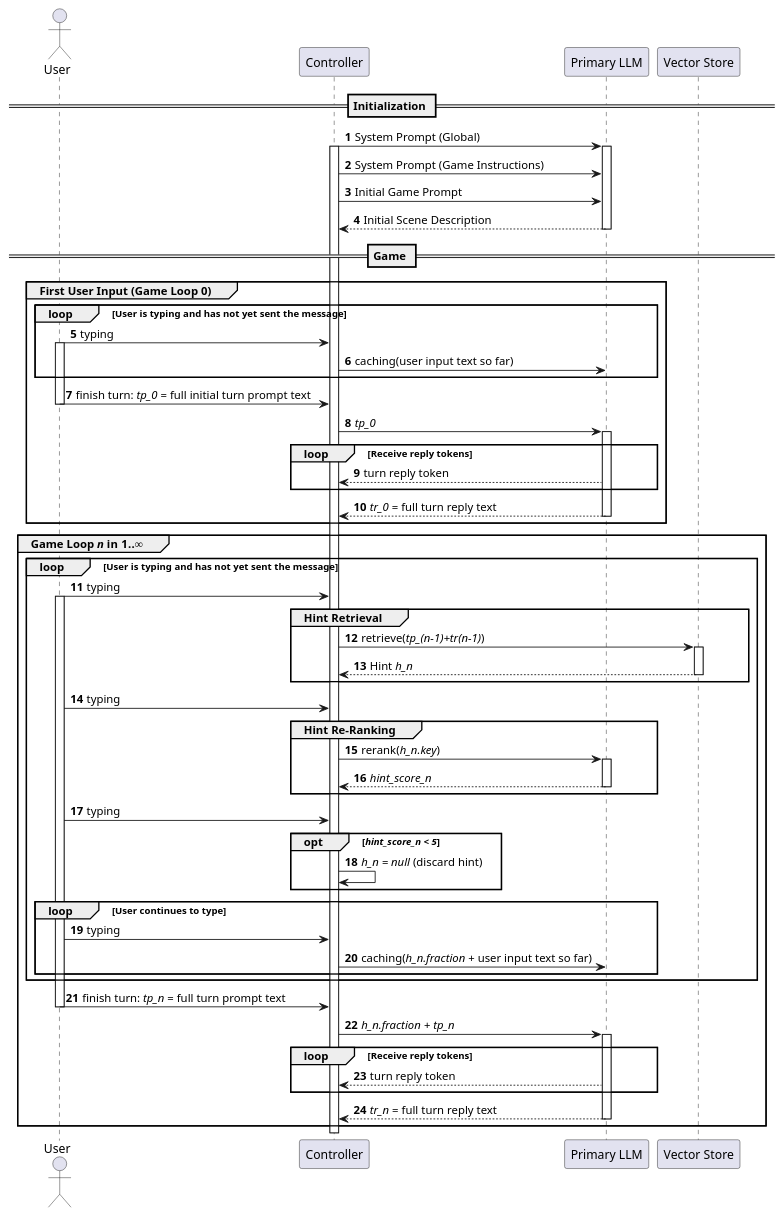
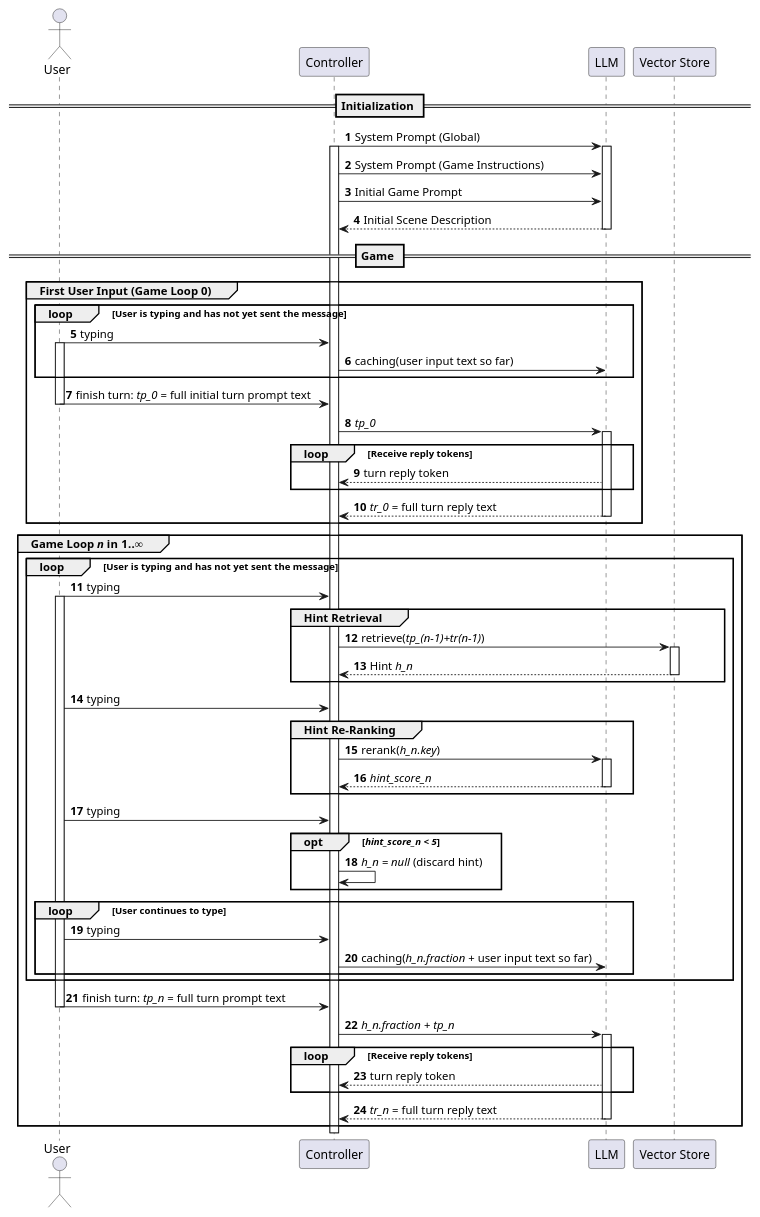
The diagram in docs/timing.md (kaiboesefeldt/aiadventure), drawn with PlantUML before and after one commit. The commit also changed other lines of this file, not shown here.

Commit message:
docs: simplify timing LLM labels

```diff
--- a/docs/timing.md
+++ b/docs/timing.md
@@ -30,18 +30,18 @@
 
 actor User as u
 participant Controller as c
-participant "Primary LLM" as pLLM
+participant "LLM" as llm
 participant "Vector Store" as v
 
 == Initialization ==
 
-c -> pLLM: System Prompt (Global)
-activate pLLM
+c -> llm: System Prompt (Global)
+activate llm
 activate c
-c -> pLLM: System Prompt (Game Instructions)
-c -> pLLM: Initial Game Prompt
-pLLM --> c: Initial Scene Description
-deactivate pLLM
+c -> llm: System Prompt (Game Instructions)
+c -> llm: Initial Game Prompt
+llm --> c: Initial Scene Description
+deactivate llm
 
 == Game ==
 
@@ -49,19 +49,19 @@
 loop User is typing and has not yet sent the message
 u -> c: typing
 activate u
-c -> pLLM: caching(user input text so far)
+c -> llm: caching(user input text so far)
 end
 
 u -> c: finish turn: //tp_0// = full initial turn prompt text
 deactivate u
 
-c -> pLLM: //tp_0//
-activate pLLM
+c -> llm: //tp_0//
+activate llm
 loop Receive reply tokens
-pLLM --> c: turn reply token
+llm --> c: turn reply token
 end
-pLLM --> c: //tr_0// = full turn reply text
-deactivate pLLM
+llm --> c: //tr_0// = full turn reply text
+deactivate llm
 
 end
 
@@ -80,10 +80,10 @@
 u -> c: typing
 
 group Hint Re-Ranking
-c -> pLLM: rerank(//h_n.key//)
-activate pLLM
-pLLM --> c: //hint_score_n//
-deactivate pLLM
+c -> llm: rerank(//h_n.key//)
+activate llm
+llm --> c: //hint_score_n//
+deactivate llm
 end
 u -> c: typing
 
@@ -93,20 +93,20 @@
 
 loop User continues to type
 u -> c: typing
-c -> pLLM: caching(//h_n.fraction// + user input text so far)
+c -> llm: caching(//h_n.fraction// + user input text so far)
 end
 end
 
 u -> c: finish turn: //tp_n// = full turn prompt text
 deactivate u
 
-c -> pLLM: //h_n.fraction + tp_n//
-activate pLLM
+c -> llm: //h_n.fraction + tp_n//
+activate llm
 loop Receive reply tokens
-pLLM --> c: turn reply token
+llm --> c: turn reply token
 end
-pLLM --> c: //tr_n// = full turn reply text
-deactivate pLLM
+llm --> c: //tr_n// = full turn reply text
+deactivate llm
 
 end
 
```
